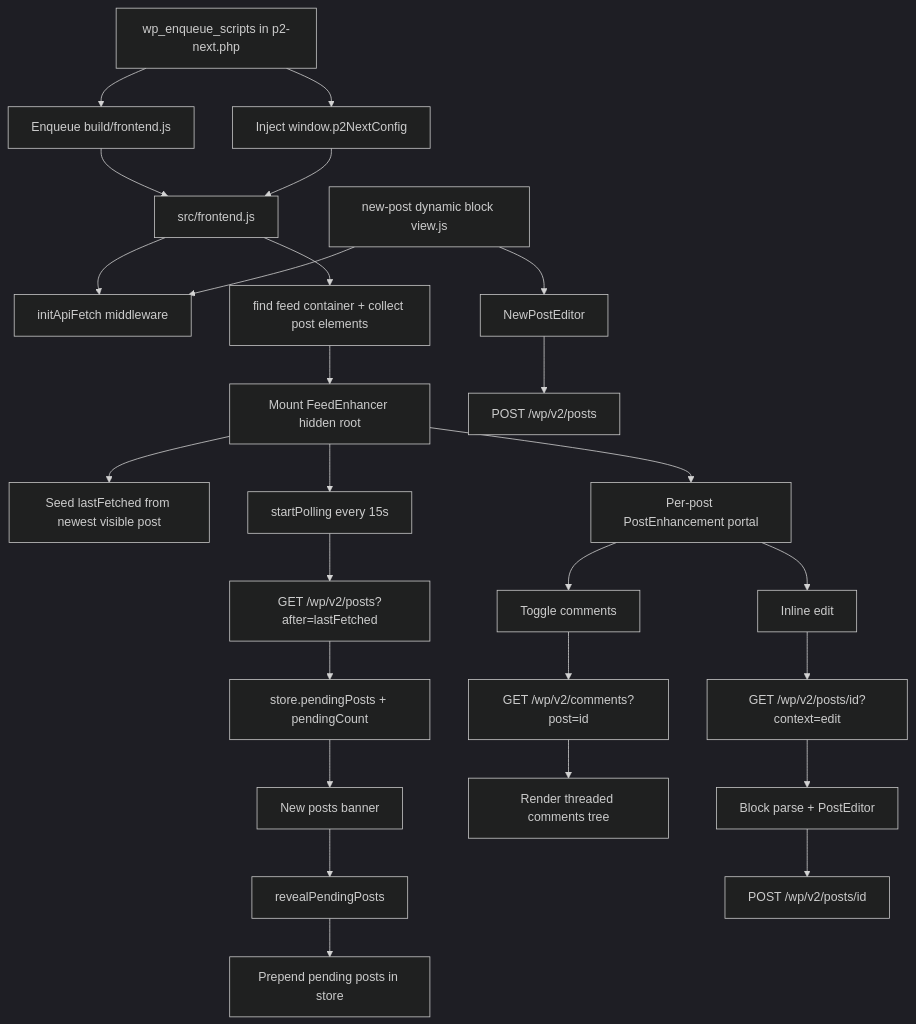
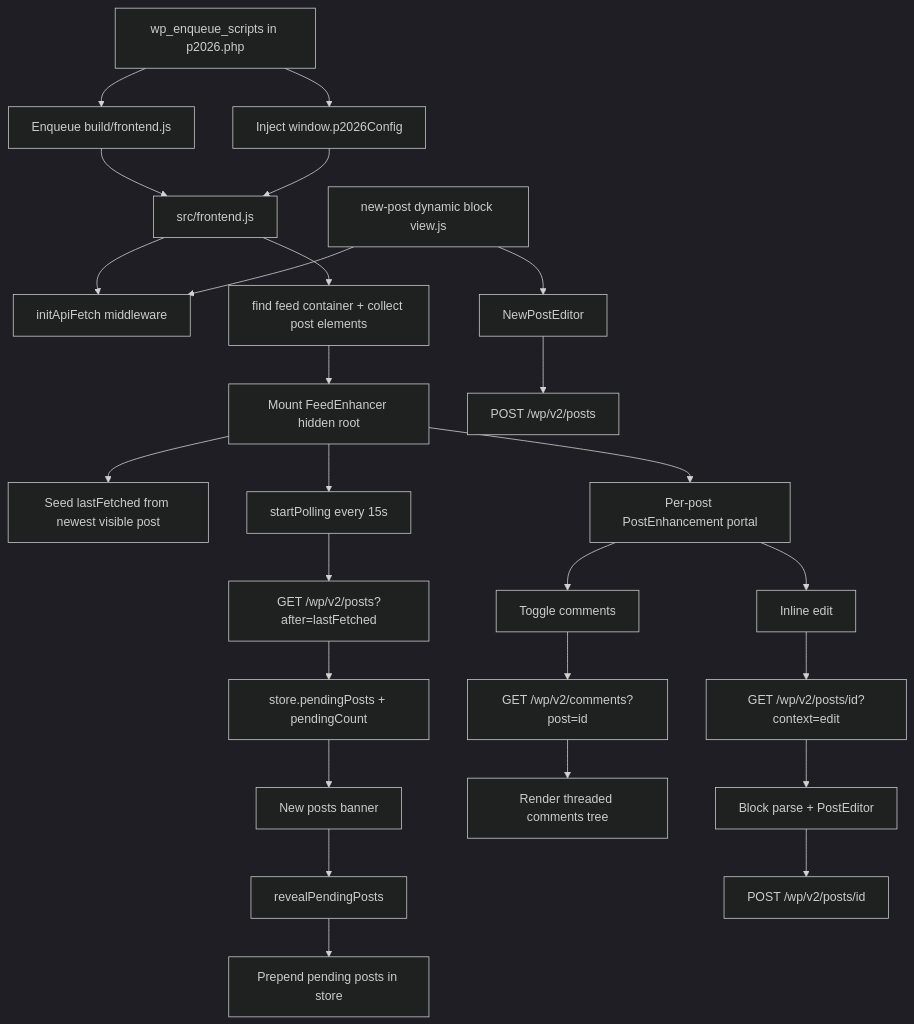
Before and after one commit to georgestephanis/p2-next: the diagram in ARCHITECTURE.md, drawn with Mermaid (dark theme). The commit also changed other lines of this file and 36 other files, not shown here.

````diff
--- a/ARCHITECTURE.md
+++ b/ARCHITECTURE.md
@@ -14,35 +14,35 @@
 ```mermaid
 flowchart TD
-    A[wp_enqueue_scripts in p2-next.php] --> B[Enqueue build/frontend.js]
-    A --> C[Inject window.p2NextConfig]
+    A[wp_enqueue_scripts in p2026.php] --> B[Enqueue build/frontend.js]
+    A --> C[Inject window.p2026Config]
 
     B --> D[src/frontend.js]
     C --> D
 
     D --> E[initApiFetch middleware]
     D --> F[find feed container + collect post elements]
     F --> G[Mount FeedEnhancer hidden root]
 
     G --> H[Seed lastFetched from newest visible post]
     G --> I[startPolling every 15s]
 
     I --> J[GET /wp/v2/posts?after=lastFetched]
     J --> K[store.pendingPosts + pendingCount]
     K --> L[New posts banner]
     L --> M[revealPendingPosts]
     M --> N[Prepend pending posts in store]
 
     G --> O[Per-post PostEnhancement portal]
     O --> P[Toggle comments]
     P --> Q[GET /wp/v2/comments?post=id]
     Q --> R[Render threaded comments tree]
 
     O --> S[Inline edit]
     S --> T[GET /wp/v2/posts/id?context=edit]
     T --> U[Block parse + PostEditor]
     U --> V[POST /wp/v2/posts/id]
 
     W[new-post dynamic block view.js] --> E
     W --> X[NewPostEditor]
     X --> Y[POST /wp/v2/posts]
 ```
````
